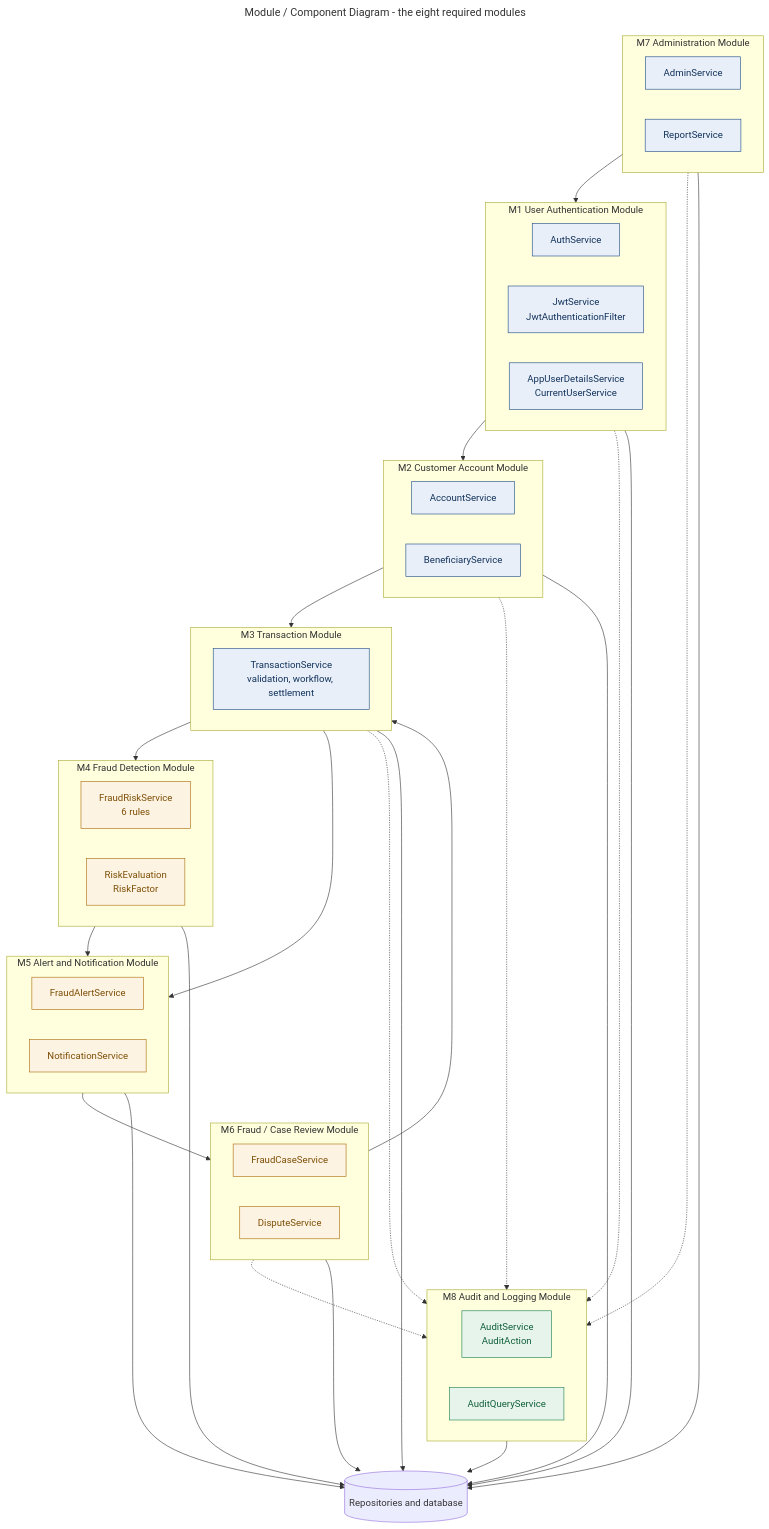
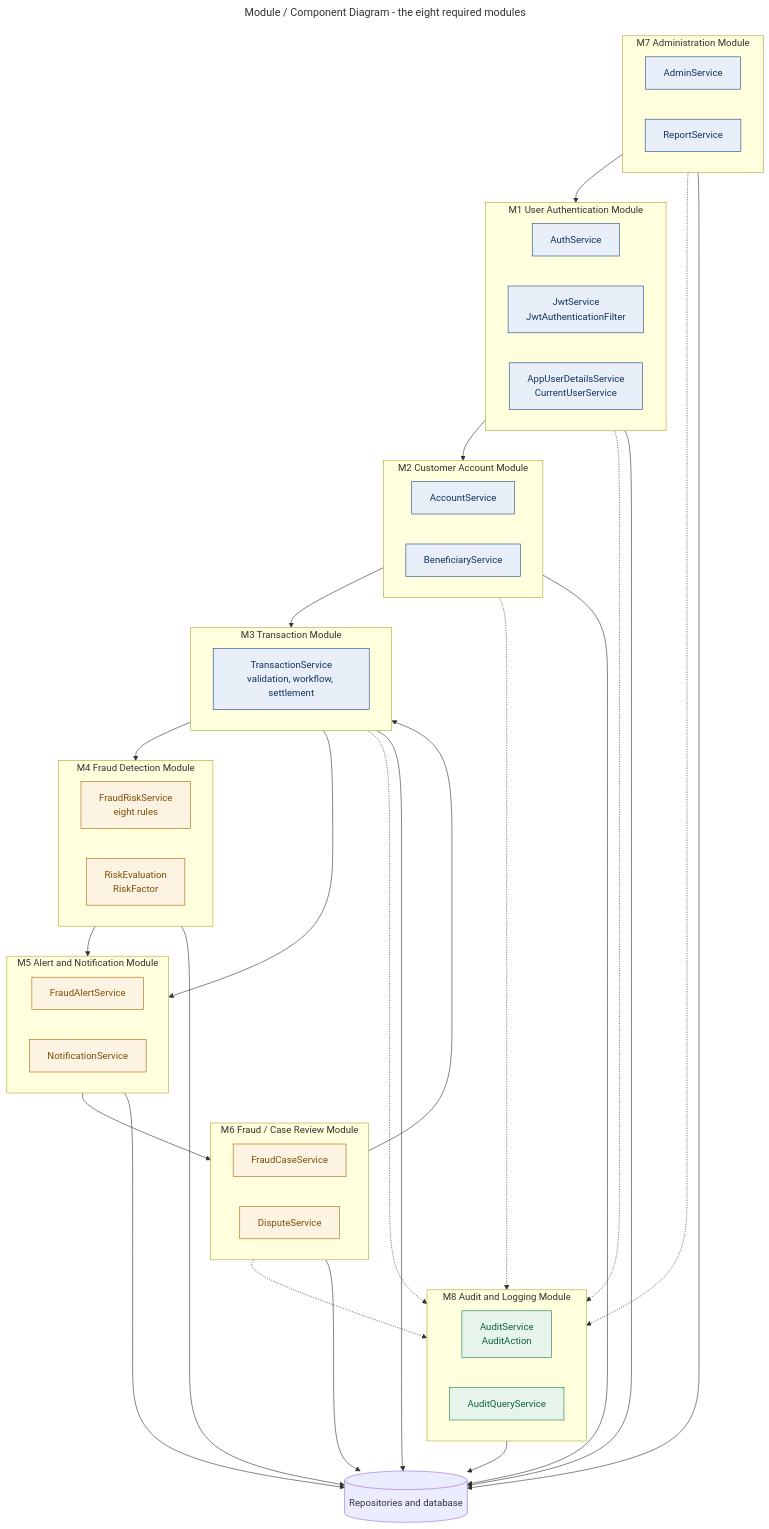
One commit to anmol-228/online-banking-fraud-detection-system changed the diagram in docs/diagrams/08_component_diagram.mmd. Above: the diagram before and after it, drawn with Mermaid. The commit also changed 16 other files, not shown here.

```diff
--- a/docs/diagrams/08_component_diagram.mmd
+++ b/docs/diagrams/08_component_diagram.mmd
@@ -1,77 +1,77 @@
 ---
 title: Module / Component Diagram - the eight required modules
 ---
 flowchart TB
     subgraph M1["M1 User Authentication Module"]
         M1A["AuthService"]
         M1B["JwtService<br/>JwtAuthenticationFilter"]
         M1C["AppUserDetailsService<br/>CurrentUserService"]
     end
 
     subgraph M2["M2 Customer Account Module"]
         M2A["AccountService"]
         M2B["BeneficiaryService"]
     end
 
     subgraph M3["M3 Transaction Module"]
         M3A["TransactionService<br/>validation, workflow, settlement"]
     end
 
     subgraph M4["M4 Fraud Detection Module"]
-        M4A["FraudRiskService<br/>6 rules"]
+        M4A["FraudRiskService<br/>eight rules"]
         M4B["RiskEvaluation<br/>RiskFactor"]
     end
 
     subgraph M5["M5 Alert and Notification Module"]
         M5A["FraudAlertService"]
         M5B["NotificationService"]
     end
 
     subgraph M6["M6 Fraud / Case Review Module"]
         M6A["FraudCaseService"]
         M6B["DisputeService"]
     end
 
     subgraph M7["M7 Administration Module"]
         M7A["AdminService"]
         M7B["ReportService"]
     end
 
     subgraph M8["M8 Audit and Logging Module"]
         M8A["AuditService<br/>AuditAction"]
         M8B["AuditQueryService"]
     end
 
     REPOS[("Repositories and database")]
 
     M1 --> M2
     M2 --> M3
     M3 --> M4
     M4 --> M5
     M3 --> M5
     M5 --> M6
     M6 --> M3
     M7 --> M1
 
     M1 -.-> M8
     M2 -.-> M8
     M3 -.-> M8
     M6 -.-> M8
     M7 -.-> M8
 
     M1 --> REPOS
     M2 --> REPOS
     M3 --> REPOS
     M4 --> REPOS
     M5 --> REPOS
     M6 --> REPOS
     M7 --> REPOS
     M8 --> REPOS
 
     classDef mod fill:#e8eff8,stroke:#1d4a85,color:#12325b
     classDef fraud fill:#fdf3e2,stroke:#a86a09,color:#7d4e06
     classDef audit fill:#e6f4ec,stroke:#1a7f4b,color:#12603a
 
     class M1A,M1B,M1C,M2A,M2B,M3A,M7A,M7B mod
     class M4A,M4B,M5A,M5B,M6A,M6B fraud
     class M8A,M8B audit
```
